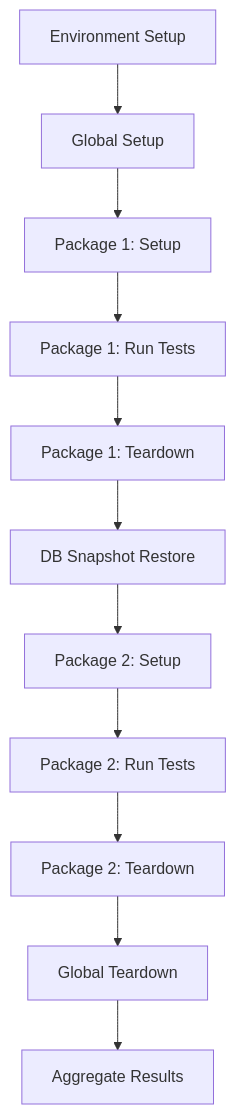
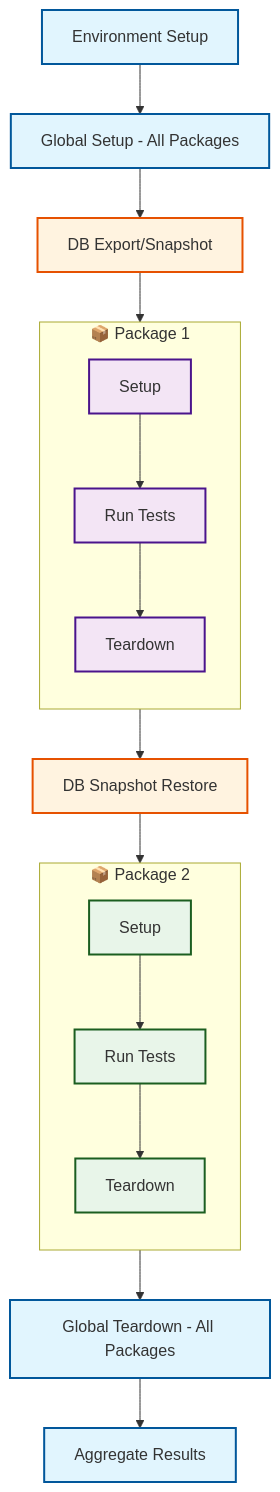
One commit to woocommerce/qit-documentation changed the diagram in docs/test-packages/tutorials/combining-packages.md. Above: the diagram before and after it, drawn with Mermaid. The commit also changed other lines of this file and 4 other files, not shown here.

````diff
--- a/docs/test-packages/tutorials/combining-packages.md
+++ b/docs/test-packages/tutorials/combining-packages.md
@@ -61,13 +66,41 @@
 ```mermaid
-graph TD
-    A[Environment Setup] --> B[Global Setup]
-    B --> C[Package 1: Setup]
-    C --> D[Package 1: Run Tests]
-    D --> E[Package 1: Teardown]
-    E --> F[DB Snapshot Restore]
-    F --> G[Package 2: Setup]
-    G --> H[Package 2: Run Tests]
-    H --> I[Package 2: Teardown]
-    I --> J[Global Teardown]
-    J --> K[Aggregate Results]
+flowchart TD
+    A[Environment Setup]:::global 
+    B[Global Setup - All Packages]:::global
+    C[DB Export/Snapshot]:::db
+    
+    A --> B
+    B --> C
+    
+    subgraph P1["📦 Package 1"]
+        direction TB
+        D[Setup]:::package1
+        E[Run Tests]:::package1
+        F[Teardown]:::package1
+        D --> E --> F
+    end
+    
+    C --> P1
+    P1 --> G[DB Snapshot Restore]:::db
+    
+    subgraph P2["📦 Package 2"]
+        direction TB
+        H[Setup]:::package2
+        I[Run Tests]:::package2
+        J[Teardown]:::package2
+        H --> I --> J
+    end
+    
+    G --> P2
+    
+    K[Global Teardown - All Packages]:::global
+    L[Aggregate Results]:::global
+    
+    P2 --> K
+    K --> L
+    
+    classDef global fill:#e1f5fe,stroke:#01579b,stroke-width:2px
+    classDef db fill:#fff3e0,stroke:#e65100,stroke-width:2px
+    classDef package1 fill:#f3e5f5,stroke:#4a148c,stroke-width:2px
+    classDef package2 fill:#e8f5e9,stroke:#1b5e20,stroke-width:2px
 ```
````
